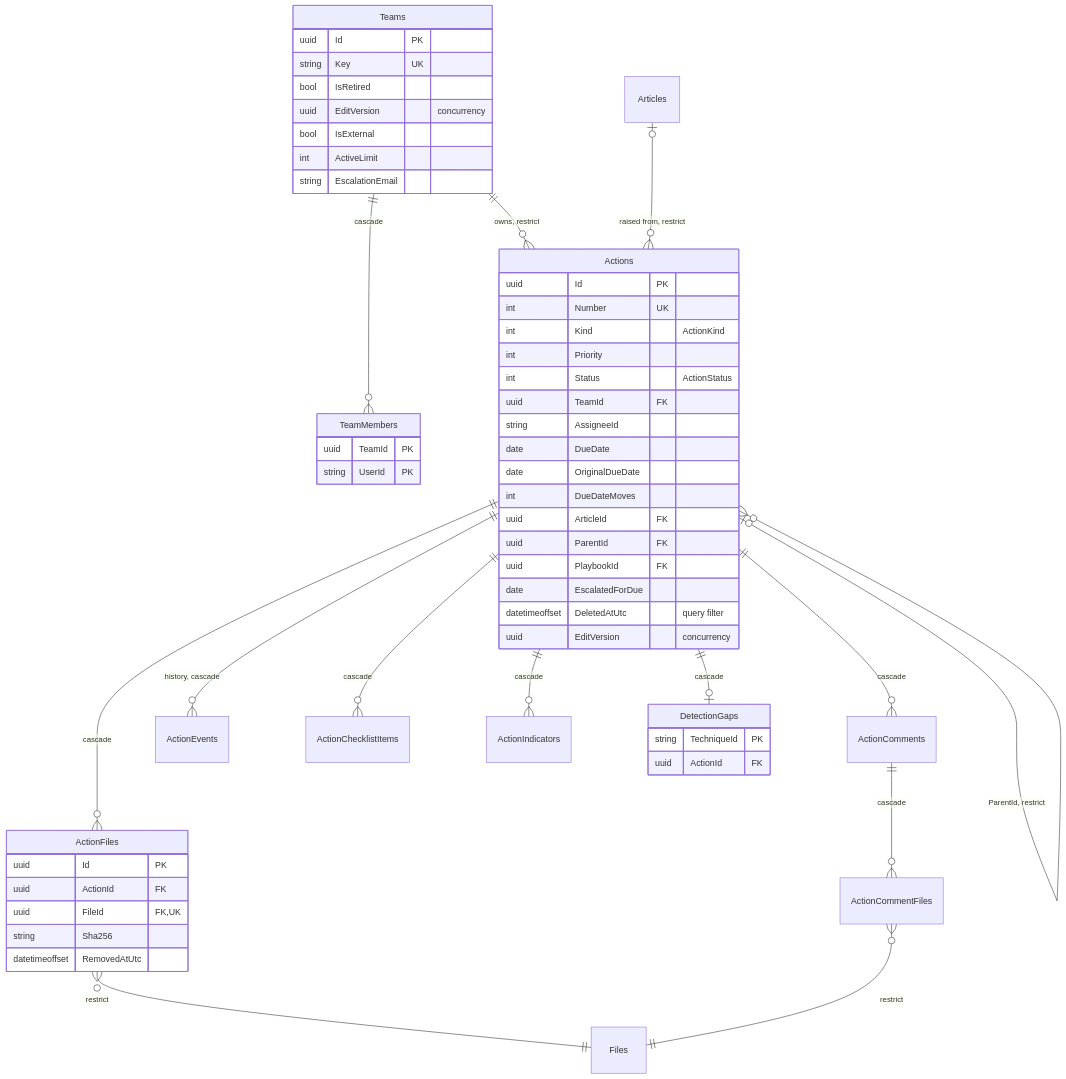
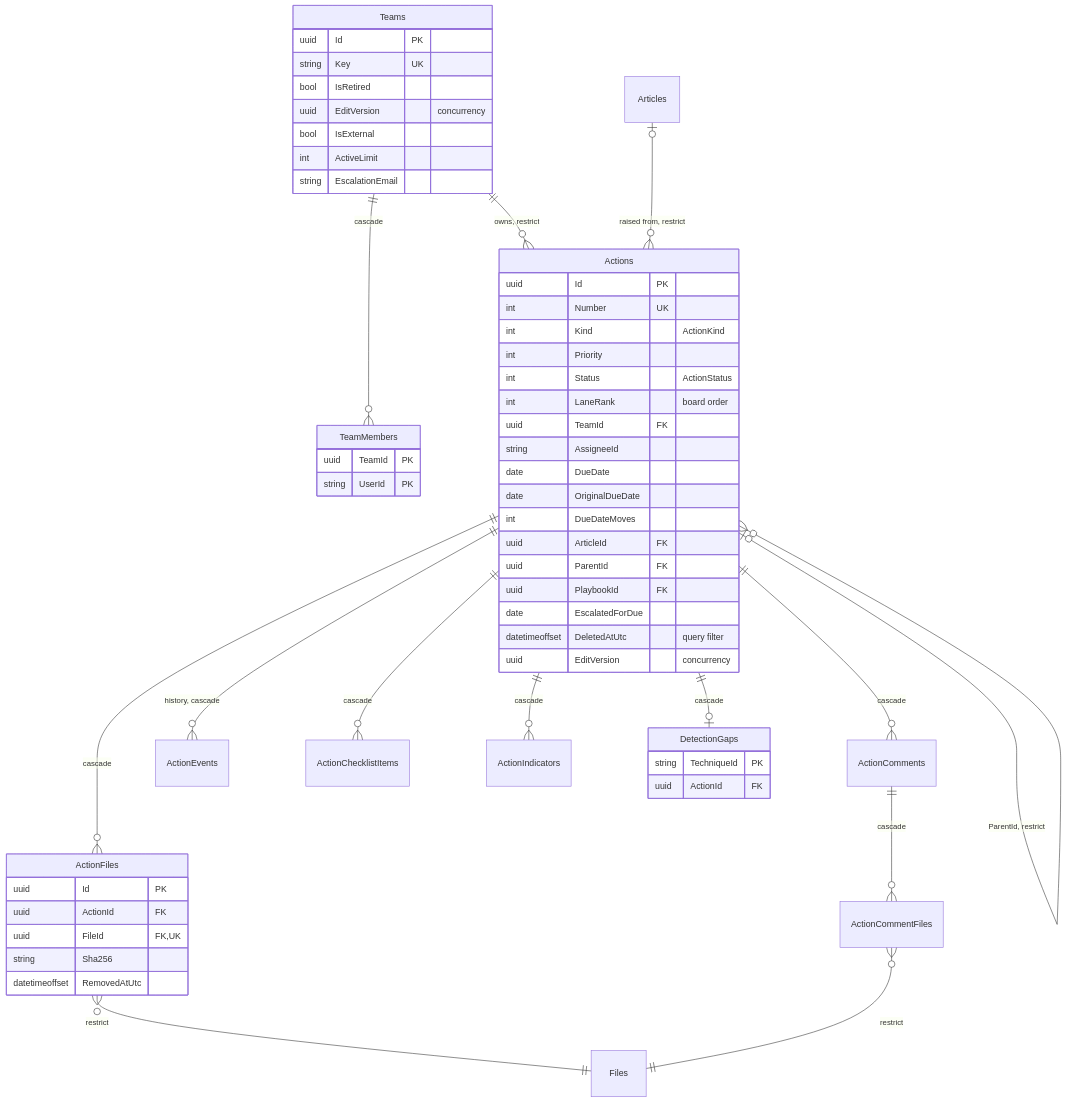
The sixth of 12 diagrams in docs/architecture/data-model.md (jashley92/Tide), drawn with Mermaid before and after one commit. The commit also changed other lines of this file and 15 other files, not shown here.

First line of the commit message:
Board: the team's own order in each lane, with a sort choice

````diff
--- a/docs/architecture/data-model.md
+++ b/docs/architecture/data-model.md
@@ -314,59 +314,60 @@
 ```mermaid
 erDiagram
     Teams ||--o{ TeamMembers : "cascade"
     Teams ||--o{ Actions : "owns, restrict"
     Articles |o--o{ Actions : "raised from, restrict"
     Actions |o--o{ Actions : "ParentId, restrict"
     Actions ||--o{ ActionComments : "cascade"
     ActionComments ||--o{ ActionCommentFiles : "cascade"
     Actions ||--o{ ActionFiles : "cascade"
     ActionFiles }o--|| Files : "restrict"
     ActionCommentFiles }o--|| Files : "restrict"
     Actions ||--o{ ActionEvents : "history, cascade"
     Actions ||--o{ ActionChecklistItems : "cascade"
     Actions ||--o{ ActionIndicators : "cascade"
     Actions ||--o| DetectionGaps : "cascade"
 
     Actions {
         uuid Id PK
         int Number UK
         int Kind "ActionKind"
         int Priority
         int Status "ActionStatus"
+        int LaneRank "board order"
         uuid TeamId FK
         string AssigneeId
         date DueDate
         date OriginalDueDate
         int DueDateMoves
         uuid ArticleId FK
         uuid ParentId FK
         uuid PlaybookId FK
         date EscalatedForDue
         datetimeoffset DeletedAtUtc "query filter"
         uuid EditVersion "concurrency"
     }
     Teams {
         uuid Id PK
         string Key UK
         bool IsRetired
         uuid EditVersion "concurrency"
         bool IsExternal
         int ActiveLimit
         string EscalationEmail
     }
     TeamMembers {
         uuid TeamId PK
         string UserId PK
     }
     ActionFiles {
         uuid Id PK
         uuid ActionId FK
         uuid FileId FK, UK
         string Sha256
         datetimeoffset RemovedAtUtc
     }
     DetectionGaps {
         string TechniqueId PK
         uuid ActionId FK
     }
 ```
````
